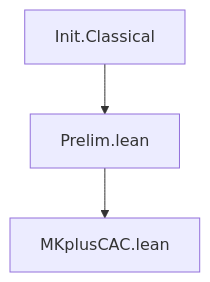
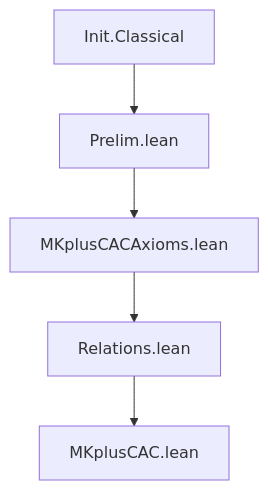
One commit to julian1c2a/MKplusCAC changed the diagram in REFERENCE.md. Above: the diagram before and after it, drawn with Mermaid. The commit also changed other lines of this file and 4 other files, not shown here.

````diff
--- a/REFERENCE.md
+++ b/REFERENCE.md
@@ -34,5 +38,7 @@
 ```mermaid
 graph TD
     IC[Init.Classical] --> P[Prelim.lean]
-    P --> Z[MKplusCAC.lean]
+    P --> A[MKplusCACAxioms.lean]
+    A --> R[Relations.lean]
+    R --> Z[MKplusCAC.lean]
 ```
````
